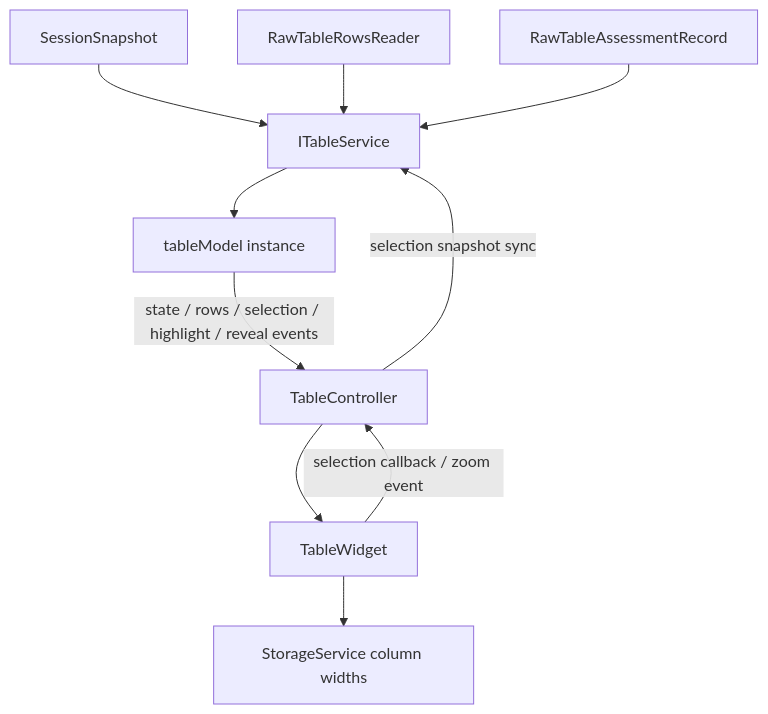
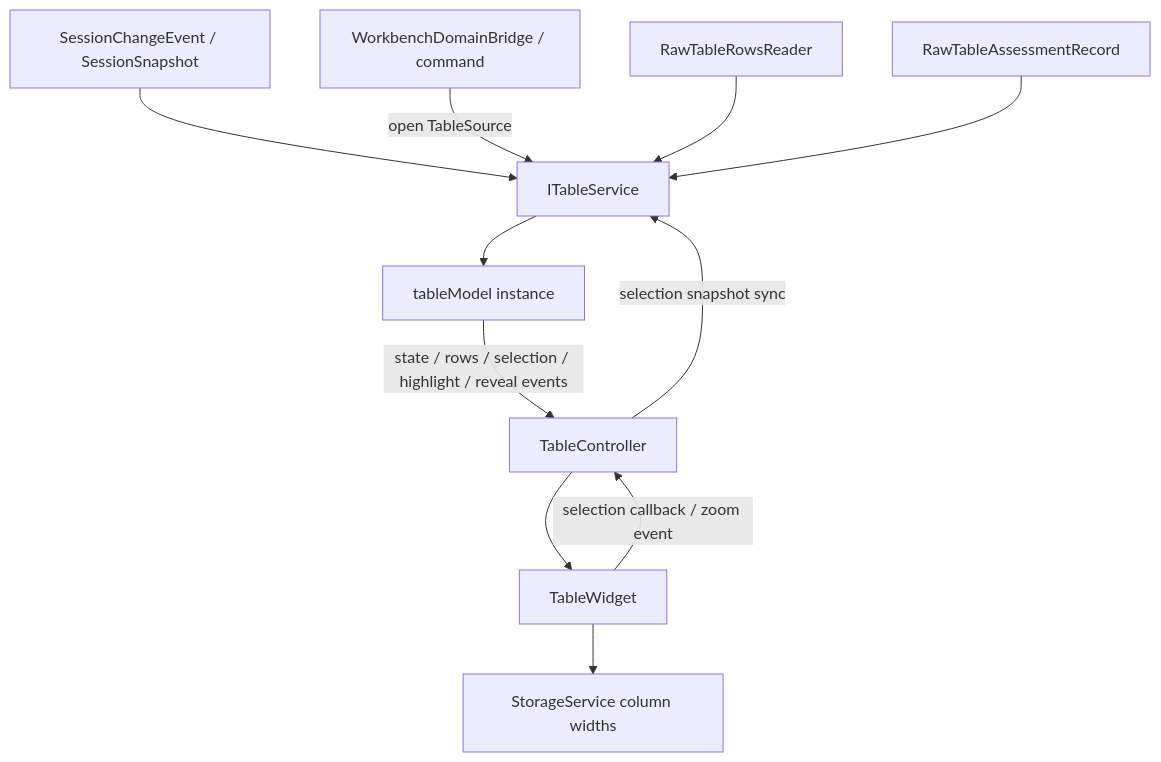
Before and after one commit to chogng/conductor: the diagram in .github/instructions/table.instructions.md, drawn with Mermaid. The commit also changed other lines of this file and 15 other files, not shown here.

````diff
--- a/.github/instructions/table.instructions.md
+++ b/.github/instructions/table.instructions.md
@@ -57,12 +57,13 @@
 ```mermaid
 flowchart TD
-    Session[SessionSnapshot] --> TableService[ITableService]
+    Session[SessionChangeEvent / SessionSnapshot] --> TableService[ITableService]
+    Bridge[WorkbenchDomainBridge / command] -->|open TableSource| TableService
     Rows[RawTableRowsReader] --> TableService
     Assessment[RawTableAssessmentRecord] --> TableService
     TableService --> TableModel[tableModel instance]
     TableModel -->|state / rows / selection / highlight / reveal events| TableController[TableController]
     TableController --> TableWidget[TableWidget]
     TableWidget -->|selection callback / zoom event| TableController
     TableWidget --> Storage[StorageService column widths]
     TableController -->|selection snapshot sync| TableService
 ```
````
